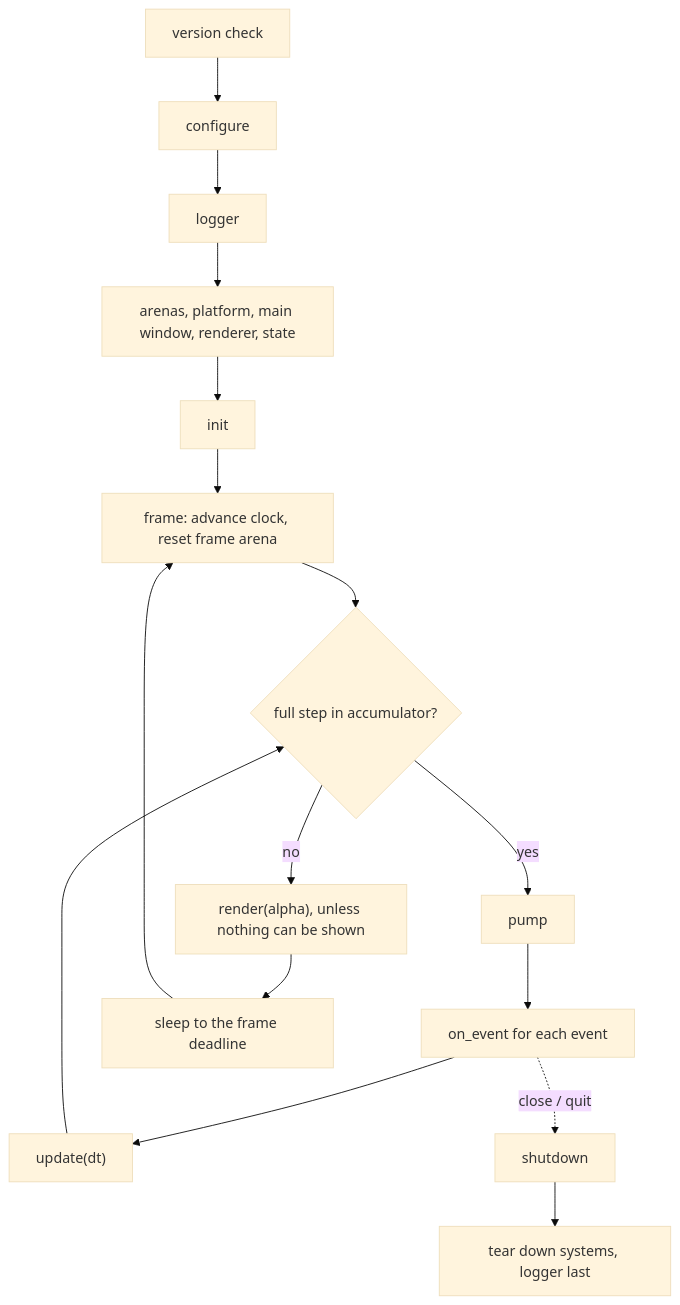
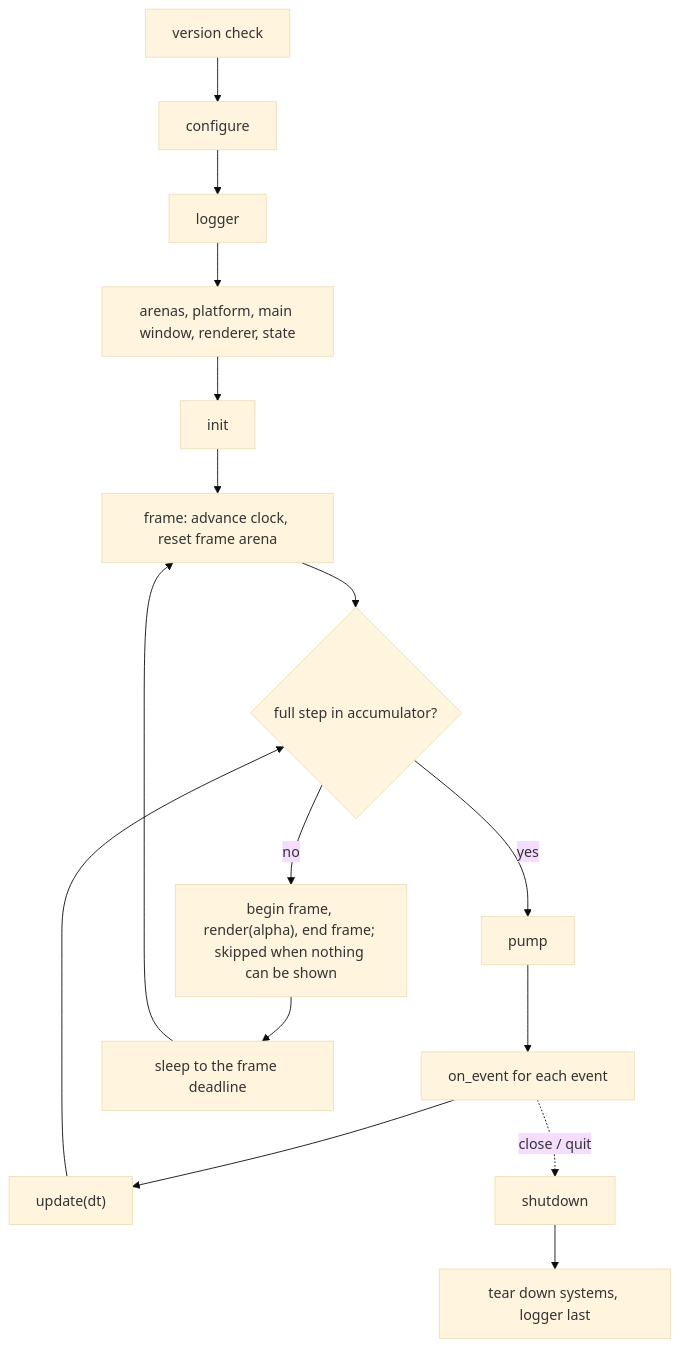
Before and after one commit to aski97/reborn-engine: the diagram in docs/features/app.md, drawn with Mermaid (base theme). The commit also changed other lines of this file and 23 other files, not shown here.

````diff
--- a/docs/features/app.md
+++ b/docs/features/app.md
@@ -62,9 +64,9 @@
 ```mermaid
 flowchart TD
     V[version check] --> C[configure] --> LG[logger] --> S[arenas, platform, main window, renderer, state] --> I[init]
     I --> F[frame: advance clock, reset frame arena]
     F --> Q{full step in accumulator?}
     Q -- yes --> P[pump] --> E[on_event for each event] --> U["update(dt)"] --> Q
-    Q -- no --> R["render(alpha), unless nothing can be shown"] --> W[sleep to the frame deadline] --> F
+    Q -- no --> R["begin frame, render(alpha), end frame; skipped when nothing can be shown"] --> W[sleep to the frame deadline] --> F
     E -. close / quit .-> D[shutdown] --> T[tear down systems, logger last]
 ```
````
